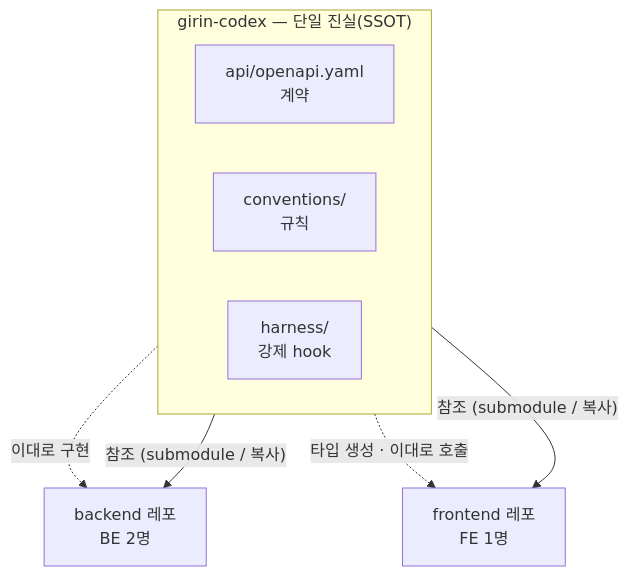
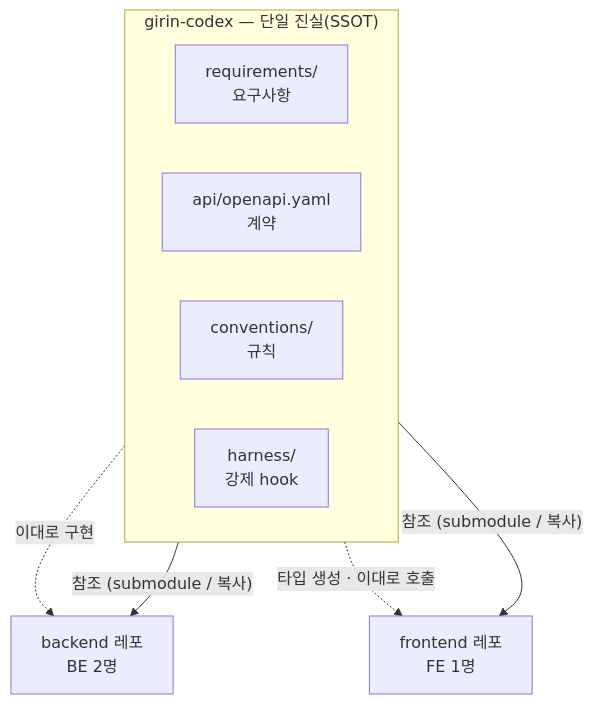
Before and after one commit to my-girin-log/girin-log-harness: the first of 7 diagrams in README.md, drawn with Mermaid. The commit also changed other lines of this file and 10 other files, not shown here.

````diff
--- a/README.md
+++ b/README.md
@@ -20,13 +20,14 @@
 ```mermaid
 flowchart TB
     subgraph CODEX["girin-codex — 단일 진실(SSOT)"]
         direction LR
+        REQ["requirements/<br/>요구사항"]
         SPEC["api/openapi.yaml<br/>계약"]
         CONV["conventions/<br/>규칙"]
         HARN["harness/<br/>강제 hook"]
     end
     CODEX -->|"참조 (submodule / 복사)"| BE["backend 레포<br/>BE 2명"]
     CODEX -->|"참조 (submodule / 복사)"| FE["frontend 레포<br/>FE 1명"]
     SPEC -.->|"이대로 구현"| BE
     SPEC -.->|"타입 생성 · 이대로 호출"| FE
 ```
````
